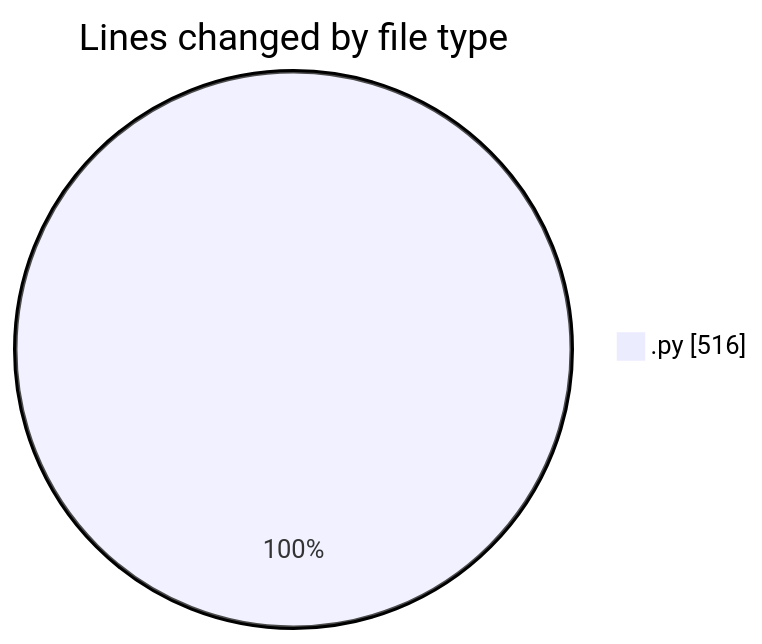
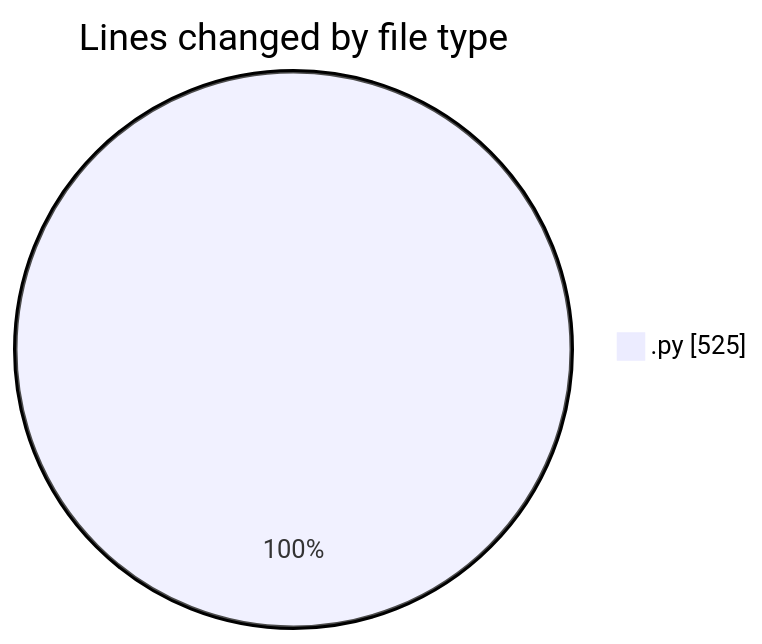
The first of 2 diagrams in 2025-12-22/kartogramy/README.md (MatusMokan/code-tracking), drawn with Mermaid before and after one commit. The commit also changed other lines of this file and 1 other file, not shown here.

````diff
--- a/2025-12-22/kartogramy/README.md
+++ b/2025-12-22/kartogramy/README.md
@@ -20,5 +20,5 @@
 ```mermaid
 pie showData
 title Lines changed by file type
-".py" : 516
+".py" : 525
 ```
````
